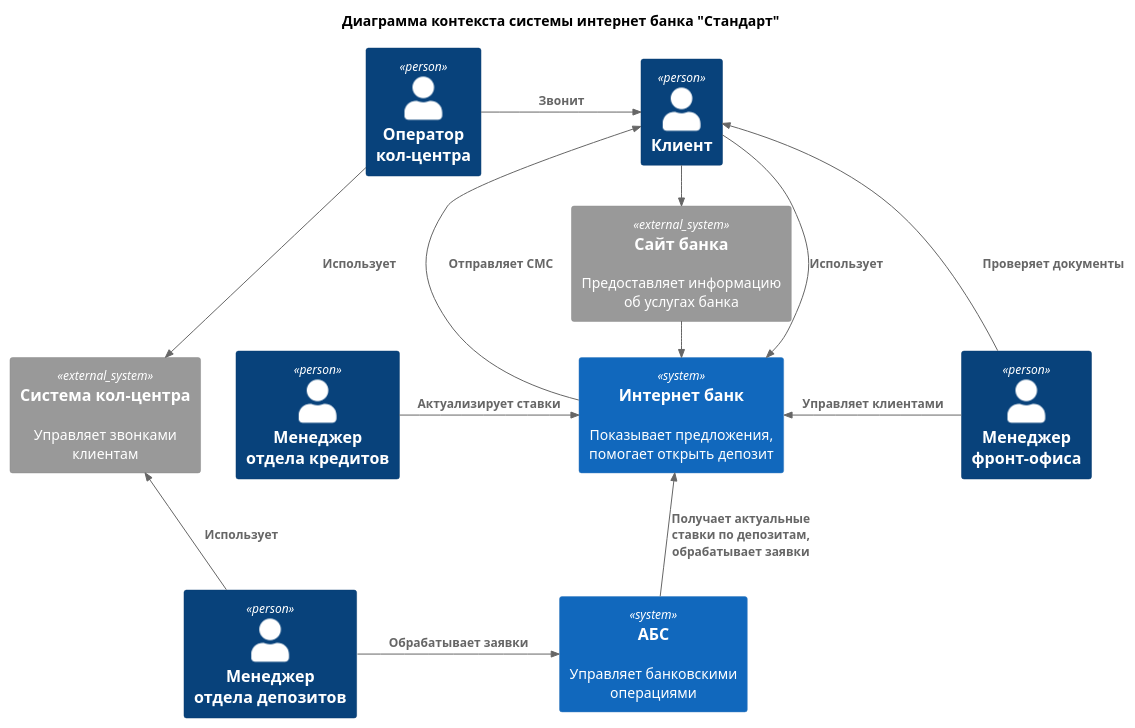
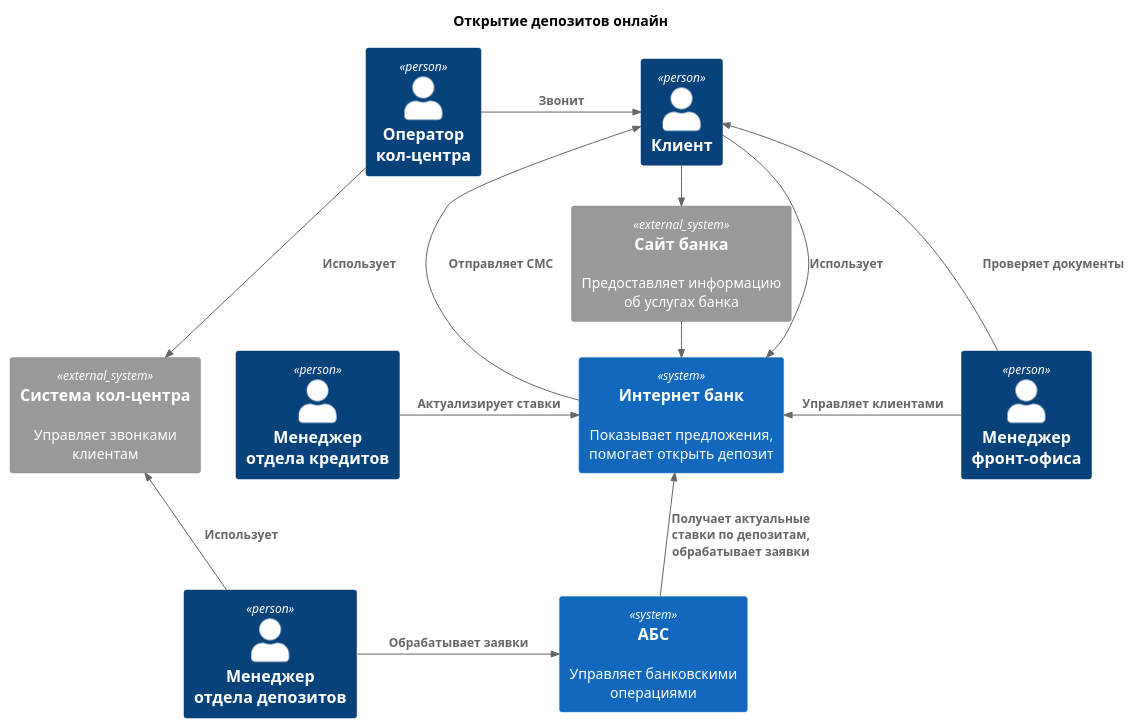
The diagram in Task3/ContextC4.puml (aleksey-bardanov/architecture-sprint-9), drawn with PlantUML before and after one commit. The commit also changed 9 other files, not shown here.

```diff
--- a/Task3/ContextC4.puml
+++ b/Task3/ContextC4.puml
@@ -1,32 +1,32 @@
 @startuml C4_Elements
 
-title Диаграмма контекста системы интернет банка "Стандарт"
+title Открытие депозитов онлайн
 
 !include https://raw.githubusercontent.com/plantuml-stdlib/C4-PlantUML/master/C4_Context.puml
 
 Person(client, "Клиент")
 Person(deposits_manager, "Менеджер\nотдела депозитов")
 Person(credits_manager, "Менеджер\nотдела кредитов")
 Person(fo_manager, "Менеджер\nфронт-офиса")
 Person(operator, "Оператор\nкол-центра")
 
 System(internet_bank, "Интернет банк", "Показывает предложения, помогает открыть депозит")
 System(abs, "AБС", "Управляет банковскими операциями")
 System_Ext(landing, "Сайт банка", "Предоставляет информацию об услугах банка")
 System_Ext(call_center, "Система кол-центра", "Управляет звонками клиентам")
 
 Rel_R(client, landing, "Использует")
 Rel_R(landing, internet_bank, "Переадресует")
 Rel(client, internet_bank, "Использует")
 Rel_U(abs, internet_bank, "Получает актуальные ставки по депозитам, обрабатывает заявки")
 Rel_U(internet_bank, client, "Отправляет СМС")
 Rel_L(fo_manager, internet_bank, "Управляет клиентами")
 Rel_L(fo_manager, client, "Проверяет документы")
 Rel_R(credits_manager, internet_bank, "Актуализирует ставки")
 
 Rel_R(deposits_manager, abs, "Обрабатывает заявки")
 Rel_U(deposits_manager, call_center, "Использует")
 Rel_D(operator, call_center, "Использует")
 Rel_R(operator, client, "Звонит")
 
 @enduml
```
